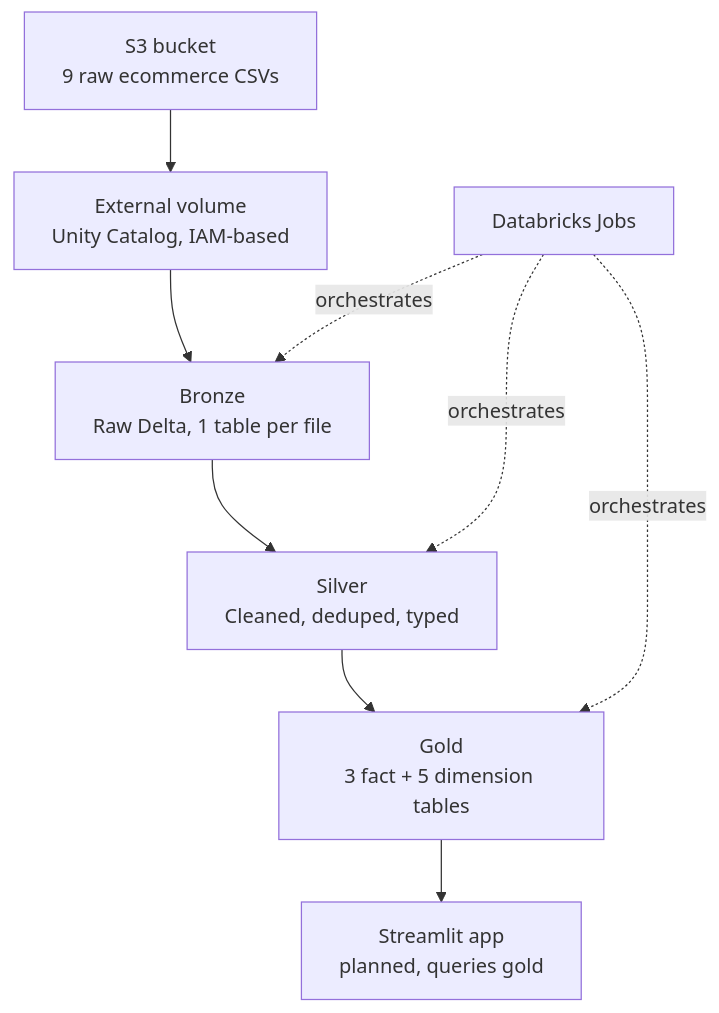
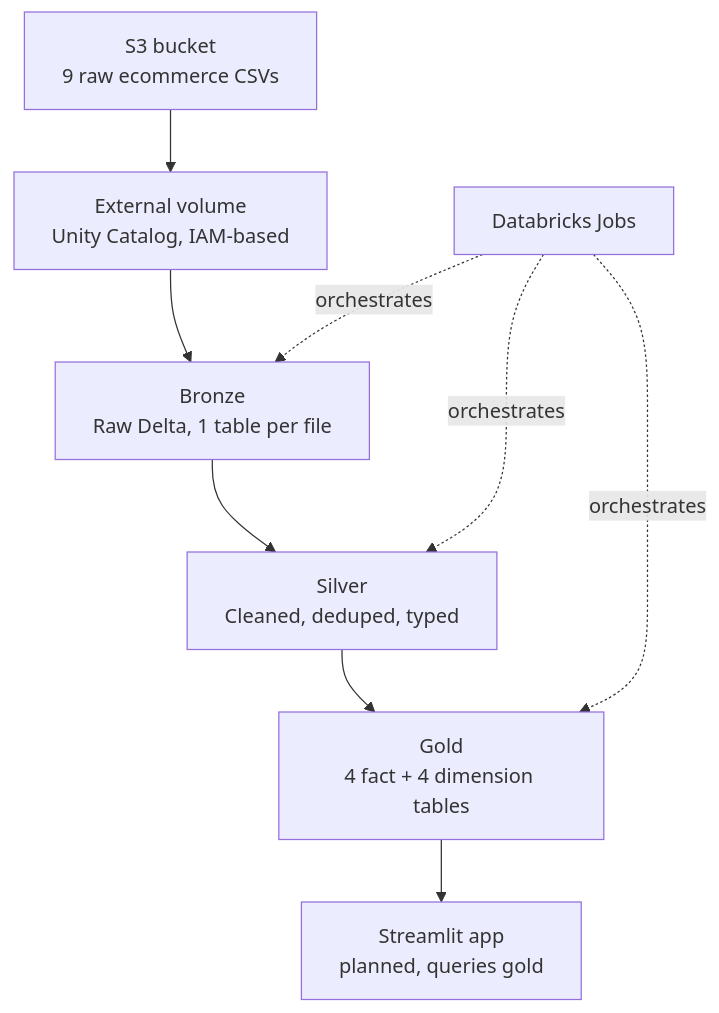
Before and after one commit to rajatm17/Databricks-ETL-Pipeline: the first of 2 diagrams in README.md, drawn with Mermaid. The commit also changed other lines of this file, not shown here.

````diff
--- a/README.md
+++ b/README.md
@@ -12,11 +12,11 @@
 ```mermaid
 flowchart TD
     A[S3 bucket<br/>9 raw ecommerce CSVs] --> B[External volume<br/>Unity Catalog, IAM-based]
     B --> C[Bronze<br/>Raw Delta, 1 table per file]
     C --> D[Silver<br/>Cleaned, deduped, typed]
-    D --> E[Gold<br/>3 fact + 5 dimension tables]
+    D --> E[Gold<br/>4 fact + 4 dimension tables]
     E --> F[Streamlit app<br/>planned, queries gold]
     G[Databricks Jobs] -.orchestrates.-> C
     G -.orchestrates.-> D
     G -.orchestrates.-> E
 ```
````
